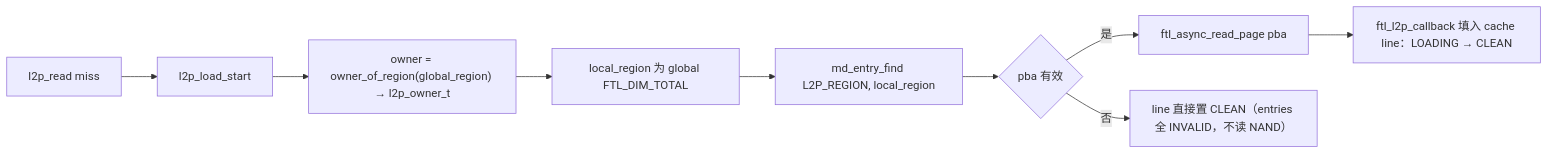
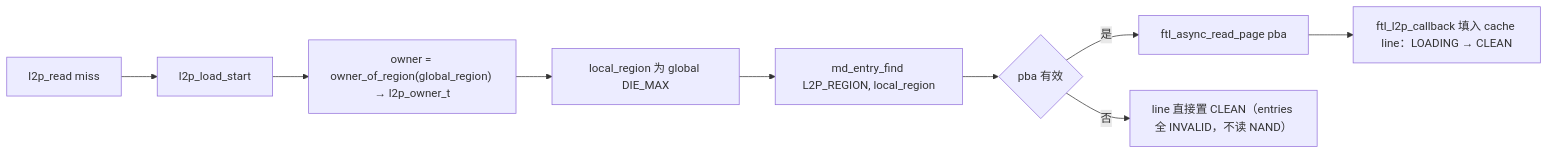
One commit to YzYMIAO/BASESSD changed the tenth of 33 diagrams in docs/design/ftl_design.md. Above: the diagram before and after it, drawn with Mermaid. The commit also changed other lines of this file and 30 other files, not shown here.

First line of the commit message:
refactor(ftl): 运行时 die 拓扑、逐 LUN 探测与 die 索引路由

````diff
--- a/docs/design/ftl_design.md
+++ b/docs/design/ftl_design.md
@@ -1866,11 +1891,11 @@
 ```mermaid
 flowchart LR
     A["l2p_read miss"] --> B["l2p_load_start"]
     B --> C["owner = owner_of_region(global_region) → l2p_owner_t"]
-    C --> D["local_region 为 global FTL_DIM_TOTAL"]
+    C --> D["local_region 为 global DIE_MAX"]
     D --> E["md_entry_find L2P_REGION, local_region"]
     E --> F{"pba 有效"}
     F -- "是" --> G["ftl_async_read_page pba"]
     G --> I["ftl_l2p_callback 填入 cache line：LOADING → CLEAN"]
     F -- "否" --> H["line 直接置 CLEAN（entries 全 INVALID，不读 NAND）"]
 ```
````
